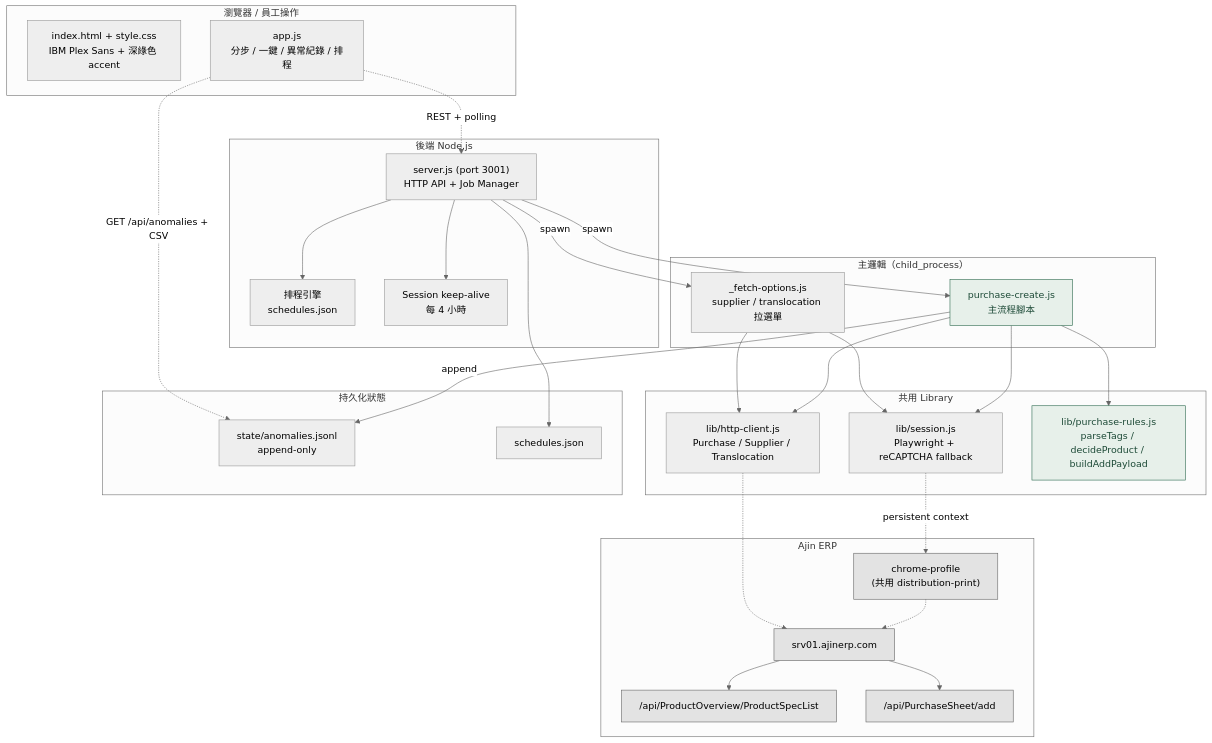
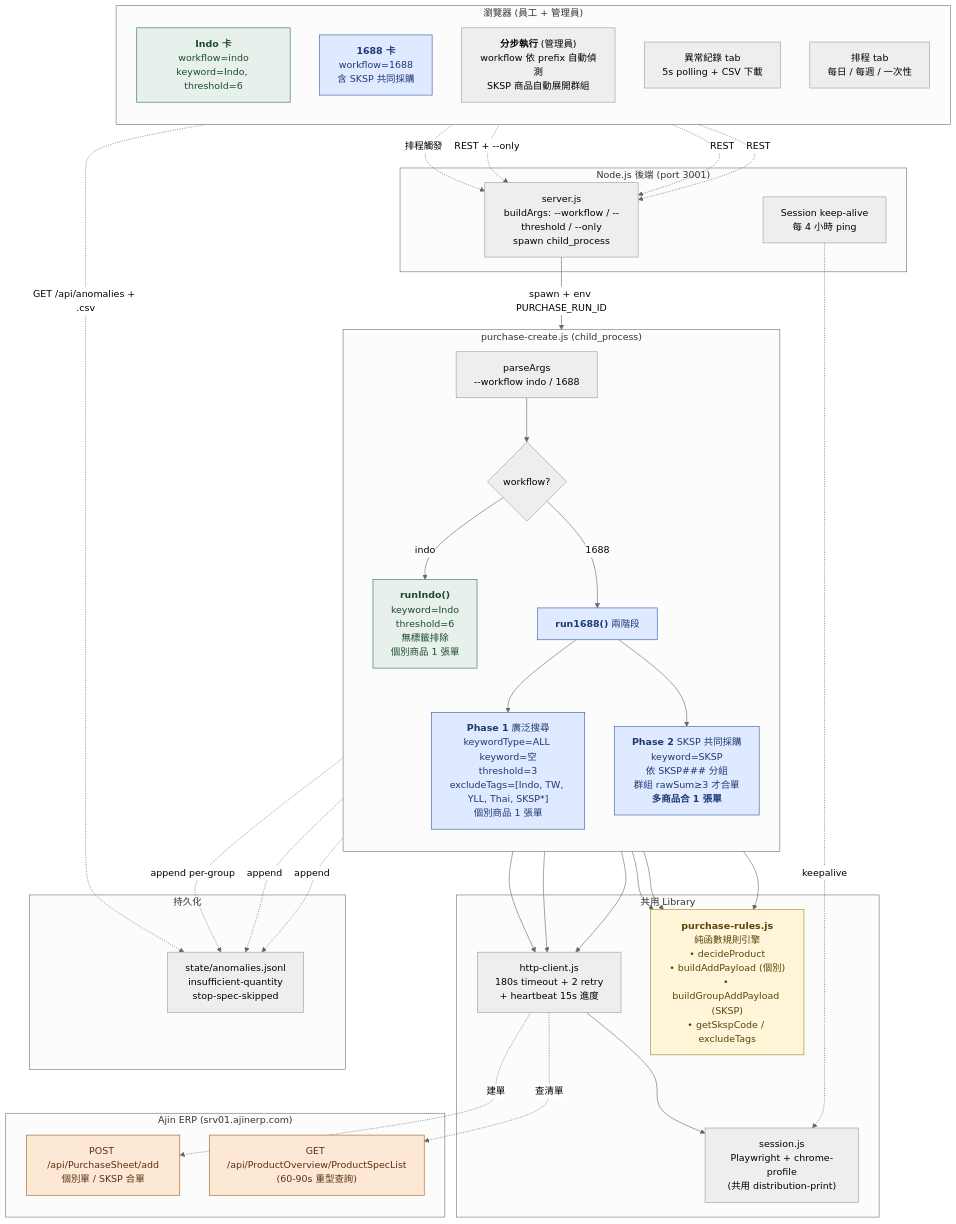
The first of 4 diagrams in README.md (mamiclores-cloud/Justin-ERP-purchase), drawn with Mermaid (neutral theme) before and after one commit. The commit also changed other lines of this file, not shown here.

Commit message:
docs: 系統架構圖加入 Indo / 1688 雙 workflow 分支
原本系統架構圖是泛用的元件圖,沒區分兩種 workflow。
更新後:
- UI 區塊:Indo 卡 / 1688 卡 / 分步執行 / 異常 / 排程 五個入口
- CLI 區塊:purchase-create.js 依 --workflow 分支
  · runIndo: keyword=Indo, threshold=6, 個別建單
  · run1688: Phase 1 (廣泛搜尋, excludeTags) + Phase 2 (SKSP 合單)
- 用色區分:綠=Indo, 藍=1688, 黃=純函數規則, 橘=ERP API
- ERP API 標示重型查詢 (60-90s)
- http-client 標示 180s timeout + heartbeat 15s

加上 workflow 入口對照表,說明四種入口(員工兩卡、管理員兩功能)
如何決定 workflow / 對應的 CLI 行為。

````diff
--- a/README.md
+++ b/README.md
@@ -37,54 +37,70 @@
 ```mermaid
 graph TB
-    subgraph Browser["瀏覽器 / 員工操作"]
-        UI["index.html + style.css<br/>IBM Plex Sans + 深綠色 accent"]
-        APP["app.js<br/>分步 / 一鍵 / 異常紀錄 / 排程"]
+    subgraph Browser["瀏覽器 (員工 + 管理員)"]
+        direction TB
+        CARD_INDO["<b>Indo 卡</b><br/>workflow=indo<br/>keyword=Indo, threshold=6"]
+        CARD_1688["<b>1688 卡</b><br/>workflow=1688<br/>含 SKSP 共同採購"]
+        STEP["<b>分步執行</b> (管理員)<br/>workflow 依 prefix 自動偵測<br/>SKSP 商品自動展開群組"]
+        ANOM_TAB["異常紀錄 tab<br/>5s polling + CSV 下載"]
+        SCHED_TAB["排程 tab<br/>每日 / 每週 / 一次性"]
     end
 
-    subgraph Server["後端 Node.js"]
-        SRV["server.js (port 3001)<br/>HTTP API + Job Manager"]
-        SCHED["排程引擎<br/>schedules.json"]
-        KEEP["Session keep-alive<br/>每 4 小時"]
+    subgraph Server["Node.js 後端 (port 3001)"]
+        SRV["server.js<br/>buildArgs: --workflow / --threshold / --only<br/>spawn child_process"]
+        KEEP["Session keep-alive<br/>每 4 小時 ping"]
     end
 
-    subgraph CLI["主邏輯（child_process）"]
-        PC["purchase-create.js<br/>主流程腳本"]
-        FETCH["_fetch-options.js<br/>supplier / translocation 拉選單"]
+    subgraph CLI["purchase-create.js (child_process)"]
+        direction TB
+        ENTRY["parseArgs<br/>--workflow indo / 1688"]
+        ENTRY --> BRANCH{workflow?}
+        BRANCH -->|indo| RIN["<b>runIndo()</b><br/>keyword=Indo<br/>threshold=6<br/>無標籤排除<br/>個別商品 1 張單"]
+        BRANCH -->|1688| R88["<b>run1688()</b> 兩階段"]
+        R88 --> P1["<b>Phase 1</b> 廣泛搜尋<br/>keywordType=ALL keyword=空<br/>threshold=3<br/>excludeTags=[Indo, TW, YLL, Thai, SKSP*]<br/>個別商品 1 張單"]
+        R88 --> P2["<b>Phase 2</b> SKSP 共同採購<br/>keyword=SKSP<br/>依 SKSP### 分組<br/>群組 rawSum≥3 才合單<br/><b>多商品合 1 張單</b>"]
     end
 
     subgraph Lib["共用 Library"]
-        SES["lib/session.js<br/>Playwright + reCAPTCHA fallback"]
-        HTTP["lib/http-client.js<br/>Purchase / Supplier / Translocation"]
-        RULE["lib/purchase-rules.js<br/>parseTags / decideProduct / buildAddPayload"]
+        RULE["<b>purchase-rules.js</b><br/>純函數規則引擎<br/>• decideProduct<br/>• buildAddPayload (個別)<br/>• buildGroupAddPayload (SKSP)<br/>• getSkspCode / excludeTags"]
+        HTTP["http-client.js<br/>180s timeout + 2 retry<br/>+ heartbeat 15s 進度"]
+        SES["session.js<br/>Playwright + chrome-profile<br/>(共用 distribution-print)"]
     end
 
-    subgraph State["持久化狀態"]
-        ANOM["state/anomalies.jsonl<br/>append-only"]
-        SCHEDFILE["schedules.json"]
+    subgraph State["持久化"]
+        ANOM["state/anomalies.jsonl<br/>insufficient-quantity<br/>stop-spec-skipped"]
     end
 
-    subgraph ERP["Ajin ERP"]
-        SRV01["srv01.ajinerp.com"]
-        PSL["/api/ProductOverview/ProductSpecList"]
-        ADD["/api/PurchaseSheet/add"]
-        PROF["chrome-profile<br/>(共用 distribution-print)"]
+    subgraph ERP["Ajin ERP (srv01.ajinerp.com)"]
+        PSL["GET /api/ProductOverview/ProductSpecList<br/>(60-90s 重型查詢)"]
+        ADD["POST /api/PurchaseSheet/add<br/>個別單 / SKSP 合單"]
     end
 
-    APP -.->|REST + polling| SRV
-    SRV --> SCHED & KEEP
-    SRV -->|spawn| PC & FETCH
-    SRV --> SCHEDFILE
-    PC --> SES & HTTP & RULE
-    PC -->|append| ANOM
-    APP -.->|GET /api/anomalies + CSV| ANOM
-    FETCH --> SES & HTTP
-    SES -.->|persistent context| PROF
-    PROF -.-> SRV01
-    HTTP -.-> SRV01
-    SRV01 --> PSL & ADD
+    CARD_INDO -.->|REST| SRV
+    CARD_1688 -.->|REST| SRV
+    STEP -.->|REST + --only| SRV
+    SCHED_TAB -.->|排程觸發| SRV
+    SRV -->|spawn + env PURCHASE_RUN_ID| ENTRY
+    RIN --> RULE
+    P1 --> RULE
+    P2 --> RULE
+    RIN --> HTTP
+    P1 --> HTTP
+    P2 --> HTTP
+    HTTP --> SES
+    HTTP -.->|查清單| PSL
+    HTTP -.->|建單| ADD
+    RIN -.->|append| ANOM
+    P1 -.->|append| ANOM
+    P2 -.->|append per-group| ANOM
+    ANOM_TAB -.->|GET /api/anomalies + .csv| ANOM
+    KEEP -.->|keepalive| SES
 
-    classDef rule fill:#e7f0ea,stroke:#2d6a4f,color:#1d4a37
-    classDef api fill:#e3e3e3,stroke:#666
-    class RULE,PC rule
-    class SRV01,PSL,ADD,PROF api
+    classDef indo fill:#e7f0ea,stroke:#2d6a4f,color:#1d4a37
+    classDef p1688 fill:#dfe9ff,stroke:#3056a8,color:#1f3a73
+    classDef api fill:#fce8d5,stroke:#a05a1d,color:#5a3010
+    classDef rule fill:#fff5d9,stroke:#a8851a,color:#5a4509
+    class CARD_INDO,RIN indo
+    class CARD_1688,R88,P1,P2 p1688
+    class PSL,ADD api
+    class RULE rule
 ```
````
